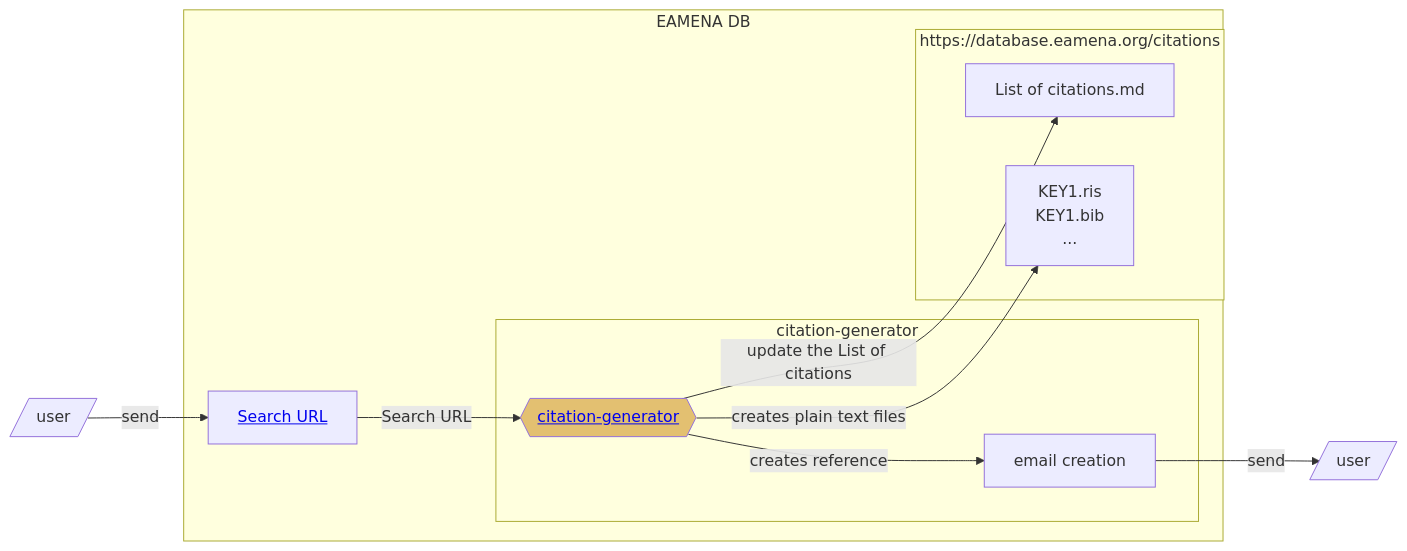
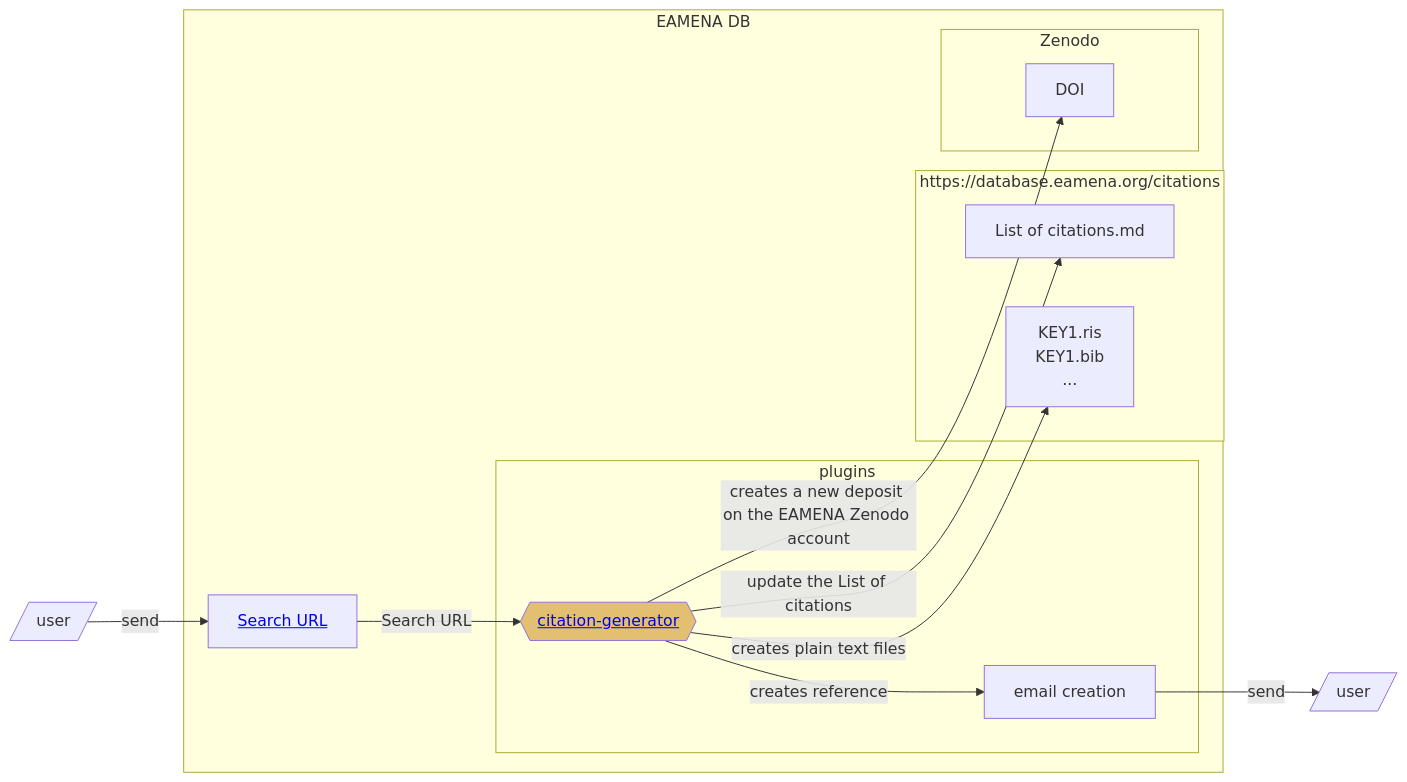
One commit to eamena-project/eamena-arches-dev changed the first of 2 diagrams in data/bibref/README.md. Above: the diagram before and after it, drawn with Mermaid. The commit also changed other lines of this file and 1 other file, not shown here.

Commit message:
citation

````diff
--- a/data/bibref/README.md
+++ b/data/bibref/README.md
@@ -39,16 +6,19 @@
 ```mermaid
 flowchart LR
 	U[/user/] -- send --> A[<a href='https://github.com/eamena-project/eamena-arches-dev/blob/main/dbs/database.eamena/docs/notes/Arches%207%20Upgrade.md#splitchunk'>Search URL</a>];
 		subgraph EAMENA DB
 		A --Search URL--> G{{<a href='https://github.com/eamena-project/eamena-arches-dev/tree/main/data/bibref#citation-generator'>citation-generator</a>}}:::eamenaFunc;
-			subgraph citation-generator
+			subgraph plugins
 			G -- creates reference --> H[email creation];
 			end
 		subgraph "https://database.eamena.org/citations"
 		G -- update the List of citations --> I[List of citations.md]
 		G -- creates plain text files --> J[KEY1.ris <br> KEY1.bib <br> ...]
 		end
+		subgraph "Zenodo"
+		G -- creates a new deposit on the EAMENA Zenodo account --> DOI
+		end
 	end
 	H -- send --> Z[/user/];
 	classDef eamenaFunc fill:#e3c071;
 ```
````
